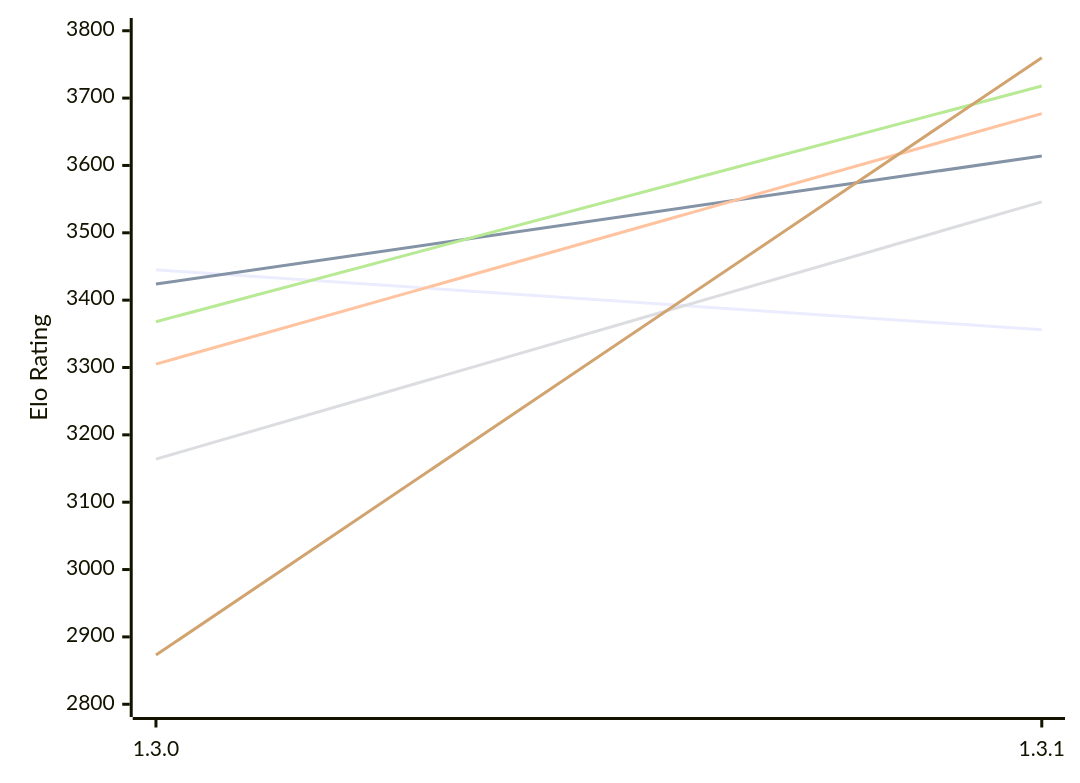
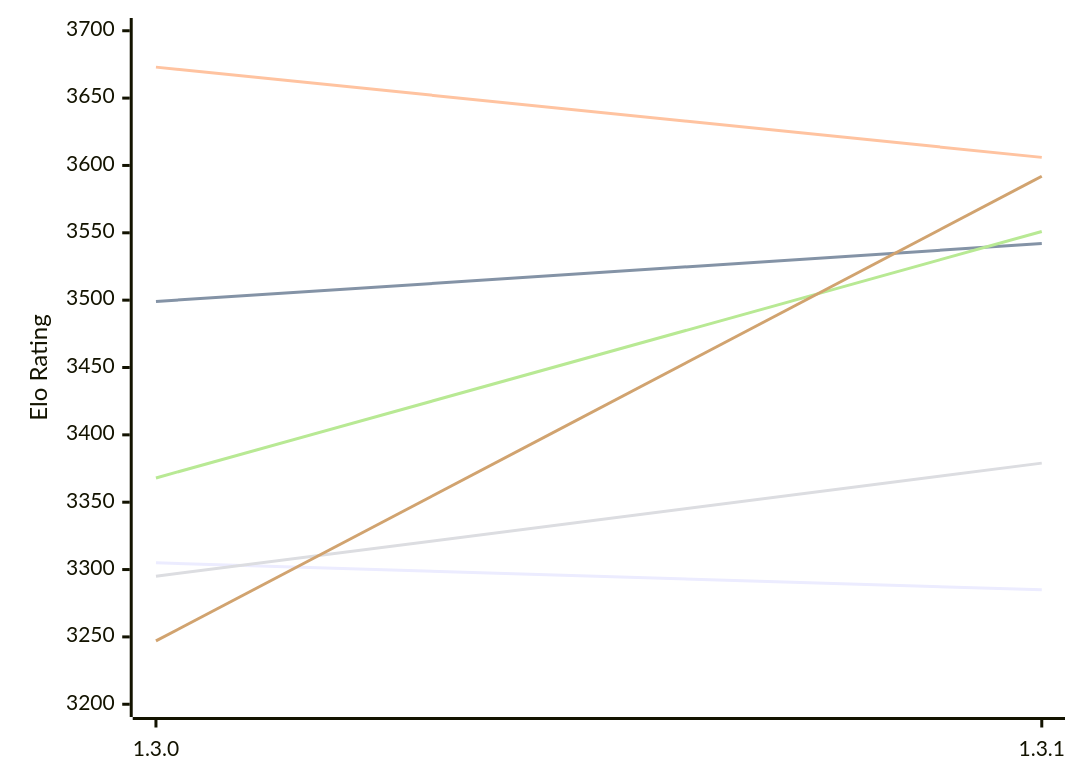
One commit to computer-chess-index/cci changed the first of 2 diagrams in engines/Renegade.md. Above: the diagram before and after it, drawn with Mermaid. The commit also changed other lines of this file, not shown here.

Commit message:
Update CCI Ratings (ELO VLTC) - 2026-11-13

````diff
--- a/engines/Renegade.md
+++ b/engines/Renegade.md
@@ -50,12 +50,12 @@
 ```mermaid
 %%{init: {"theme":"base","themeVariables":{"seriesColors:['#a3a3a3','#222221','#faa371']}}}%%
 xychart-beta
   x-axis ["1.3.0", "1.3.1"]
-  y-axis "Elo Rating" 2800 --> 3800
-  line "E1: STC (8.0+0.08s)" [3445, 3356]
-  line "E1: LTC (60.0+0.60s)" [3424, 3614]
-  line "E1: VLTC (2m24s+1.12s)" [3305, 3677]
-  line "P1: STC (8.0+0.08s)" [3164, 3546]
-  line "P1: LTC (60.0+0.60s)" [3368, 3718]
-  line "P1: VLTC (2m24s+1.12s)" [2873, 3760]
+  y-axis "Elo Rating" 3200 --> 3700
+  line "E1: STC (8.0+0.08s)" [3305, 3285]
+  line "E1: LTC (60.0+0.60s)" [3499, 3542]
+  line "E1: VLTC (2m24s+1.12s)" [3673, 3606]
+  line "P1: STC (8.0+0.08s)" [3295, 3379]
+  line "P1: LTC (60.0+0.60s)" [3368, 3551]
+  line "P1: VLTC (2m24s+1.12s)" [3247, 3592]
 ```
````
